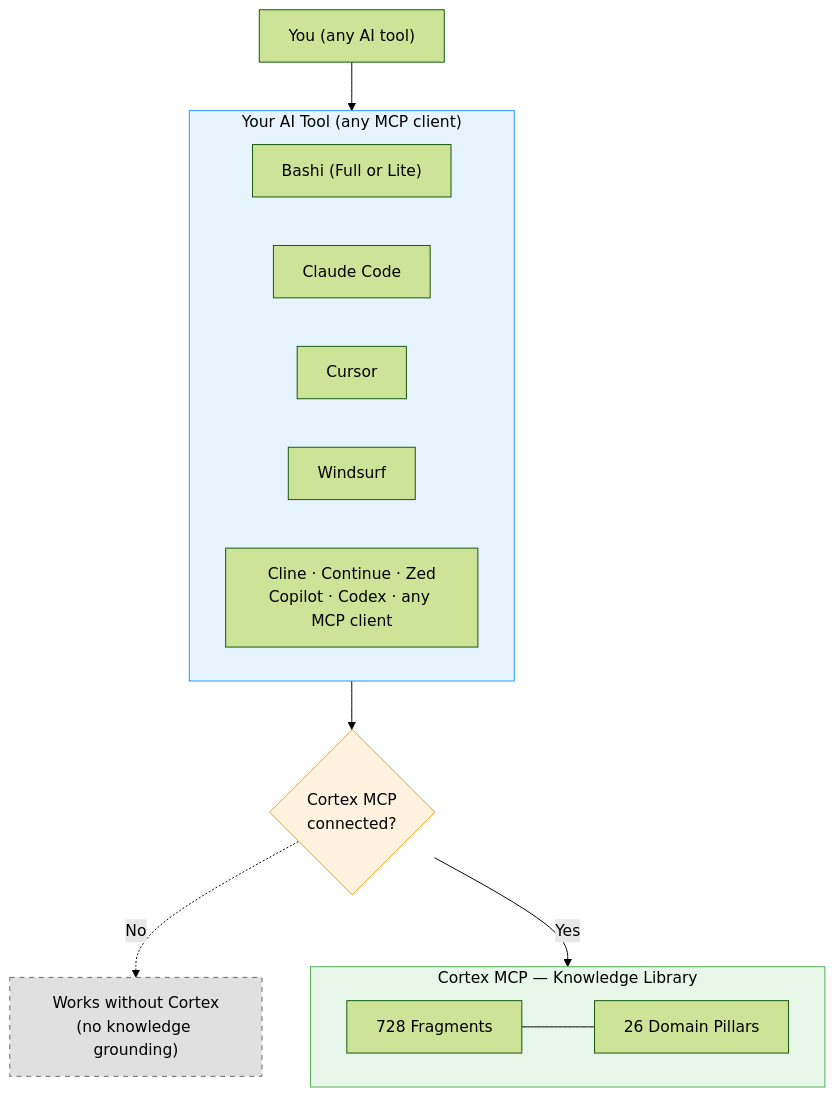
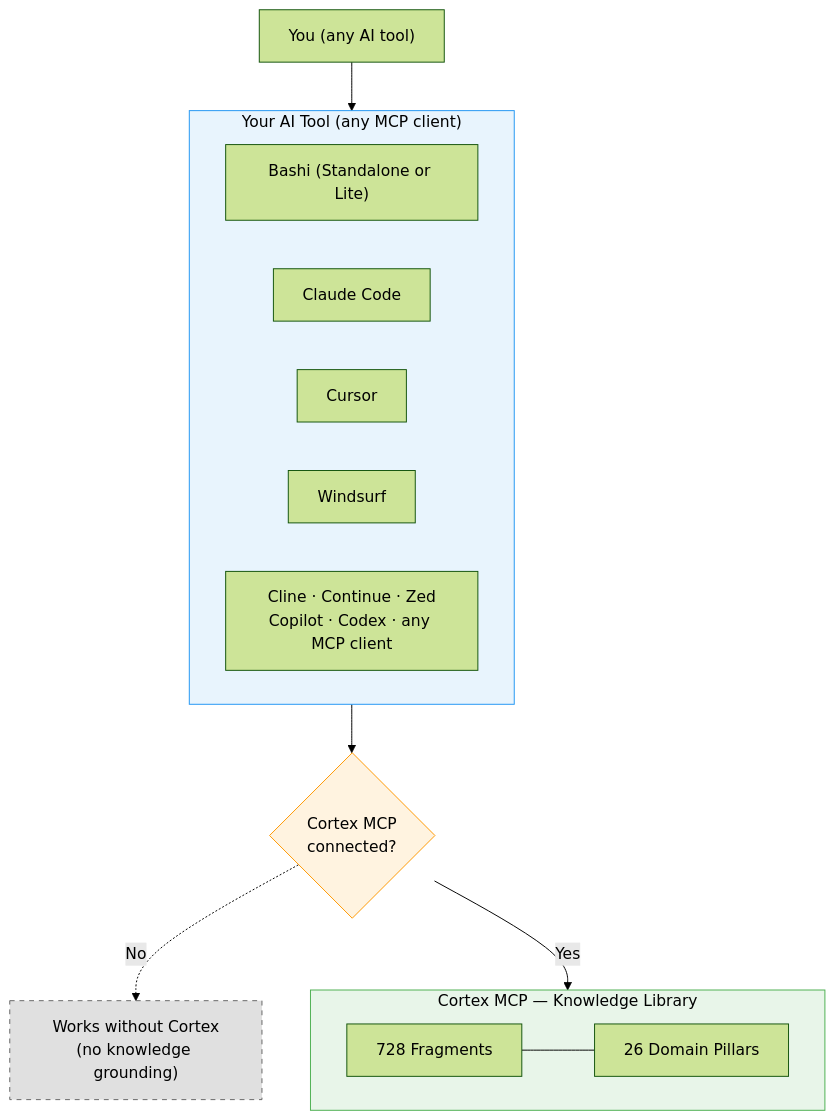
The diagram in README.md (BasharAmso/cortex-mcp), drawn with Mermaid (forest theme) before and after one commit.

Commit message:
docs: rename Bashi "Full" to "Standalone" in flowchart
Aligns with Bashi's terminology change. "Standalone" accurately describes
the self-contained mode (37 local skills, no MCP dependency). "Full"
was misleading since Cortex-connected mode has 728 fragments.

````diff
--- a/README.md
+++ b/README.md
@@ -103,32 +103,32 @@
 ```mermaid
 flowchart TB
     User["You (any AI tool)"]
 
     subgraph Client["Your AI Tool (any MCP client)"]
-        Bashi["Bashi (Full or Lite)"]
+        Bashi["Bashi (Standalone or Lite)"]
         Claude["Claude Code"]
         Cursor["Cursor"]
         Windsurf["Windsurf"]
         Others["Cline · Continue · Zed\nCopilot · Codex · any MCP client"]
     end
 
     MCP{"Cortex MCP\nconnected?"}
 
     subgraph Cortex["Cortex MCP — Knowledge Library"]
         Fragments["728 Fragments"]
         Pillars["26 Domain Pillars"]
     end
 
     NoMCP["Works without Cortex\n(no knowledge grounding)"]
 
     User --> Client
     Client --> MCP
     MCP -->|Yes| Cortex
     MCP -.->|No| NoMCP
     Fragments --- Pillars
 
     style Client fill:#e8f4fd,stroke:#2196f3,color:#000
     style Cortex fill:#e8f5e9,stroke:#4caf50,color:#000
     style MCP fill:#fff3e0,stroke:#ff9800,color:#000
     style NoMCP fill:#e0e0e0,stroke:#666,stroke-dasharray: 5 5,color:#000
 ```
````
